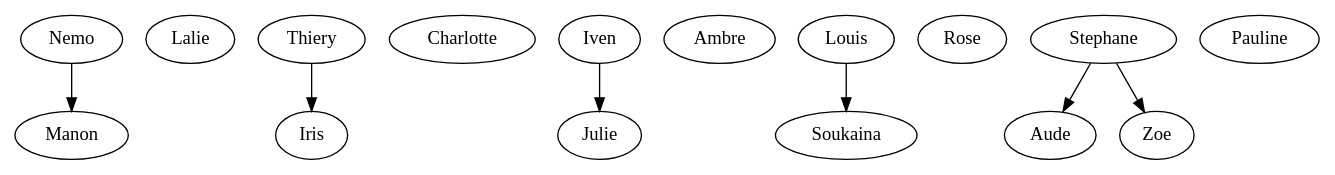
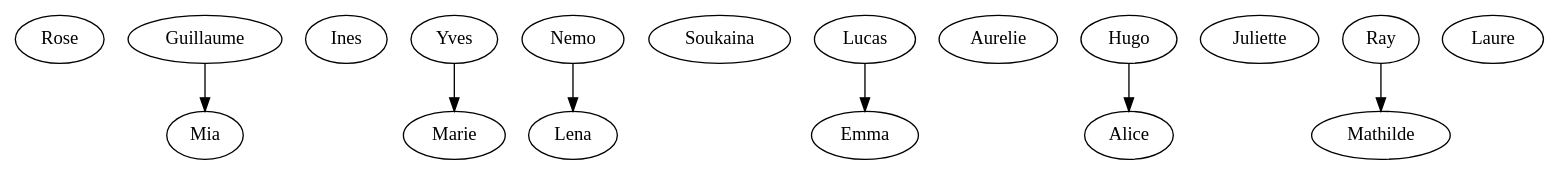
One commit to Slash-stack/Aquarium changed the diagram in output/dotFiles/round2.dot. Above: the diagram before and after it, drawn with Graphviz. The commit also changed 38 other files, not shown here.

```diff
--- a/output/dotFiles/round2.dot
+++ b/output/dotFiles/round2.dot
@@ -1,26 +1,26 @@
 strict digraph G {
+  Rose;
+  Mia;
+  Guillaume;
+  Ines;
+  Yves;
+  Marie;
+  Lena;
+  Soukaina;
   Nemo;
-  Lalie;
-  Manon;
-  Thiery;
-  Charlotte;
-  Iris;
-  Iven;
-  Julie;
-  Ambre;
-  Julie;
-  Louis;
-  Soukaina;
-  Rose;
-  Aude;
-  Stephane;
-  Zoe;
-  Pauline;
-  Stephane;
-  Nemo -> Manon;
-  Thiery -> Iris;
-  Iven -> Julie;
-  Louis -> Soukaina;
-  Stephane -> Aude;
-  Stephane -> Zoe;
+  Lucas;
+  Aurelie;
+  Emma;
+  Alice;
+  Juliette;
+  Hugo;
+  Ray;
+  Laure;
+  Mathilde;
+  Guillaume -> Mia;
+  Yves -> Marie;
+  Nemo -> Lena;
+  Lucas -> Emma;
+  Hugo -> Alice;
+  Ray -> Mathilde;
 }
```
